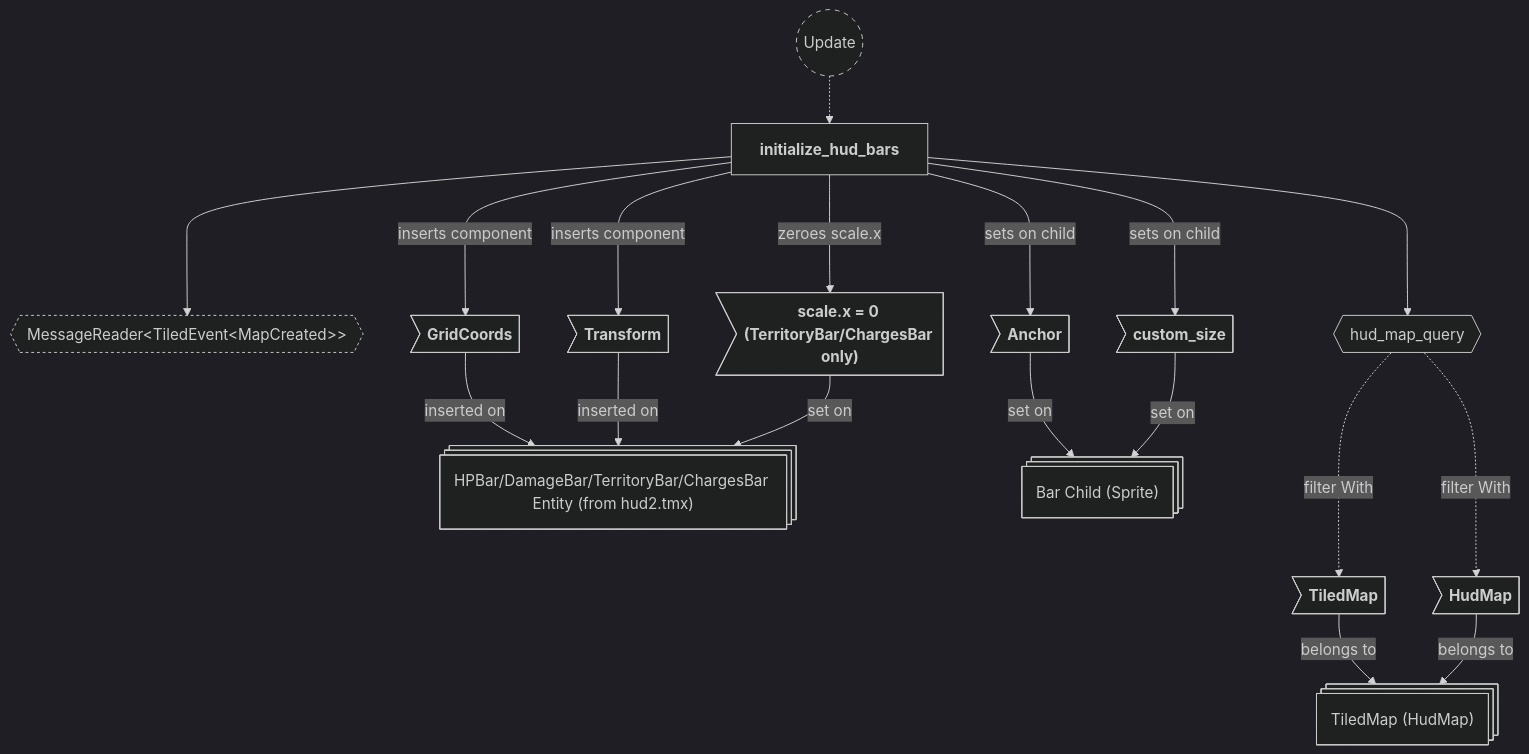
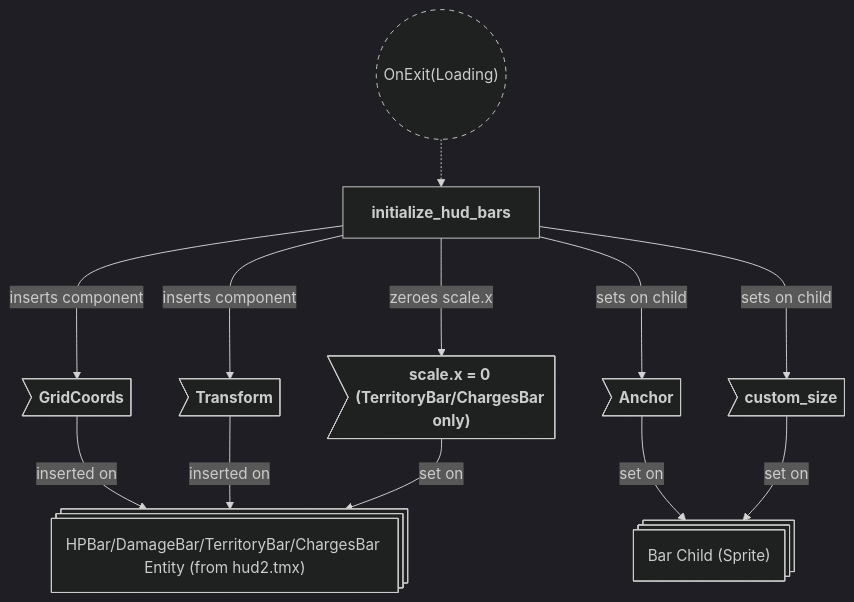
One commit to neurosoup/tyled changed the tenth of 10 diagrams in backlog/docs/doc-3 - 001-Maps-plugin.md. Above: the diagram before and after it, drawn with Mermaid. The commit also changed other lines of this file and 9 other files, not shown here.

````diff
--- a/backlog/docs/doc-3 - 001-Maps-plugin.md
+++ b/backlog/docs/doc-3 - 001-Maps-plugin.md
@@ -468,48 +435,35 @@
 ```mermaid
 ---
 config:
   theme: dark
 ---
 
 flowchart TD
 classDef system-group stroke-dasharray: 5 5
-classDef reader stroke-dasharray: 3 3
 
-update(("`Update`")):::system-group
+on_exit_loading(("`OnExit(Loading)`")):::system-group
 initialize_hud_bars["`**initialize_hud_bars**`"]
 
-update -.-> initialize_hud_bars
-
-message_reader{{"MessageReader#60;TiledEvent#60;MapCreated#62;#62;"}}:::reader
-initialize_hud_bars ---> message_reader
-
-hud_map_query{{"`hud_map_query`"}}:::query
-initialize_hud_bars ---> hud_map_query
-
-hud_map_entity@{ shape: st-rect, label: "TiledMap (HudMap)" }
-hm_tiled_map>"`**TiledMap**`"] --> |belongs to| hud_map_entity
-hm_hud_map>"`**HudMap**`"] --> |belongs to| hud_map_entity
-hud_map_query -..-> |filter With| hm_tiled_map
-hud_map_query -..-> |filter With| hm_hud_map
+on_exit_loading -.-> initialize_hud_bars
 
 hp_bar_entity@{ shape: st-rect, label: "HPBar/DamageBar/TerritoryBar/ChargesBar Entity (from hud2.tmx)" }
 hp_bar_child@{ shape: st-rect, label: "Bar Child (Sprite)" }
 
 hb_grid_coords>"`**GridCoords**`"]
 hb_transform>"`**Transform**`"]
 hb_scale_zero>"`**scale.x = 0 (TerritoryBar/ChargesBar only)**`"]
 hbc_anchor>"`**Anchor**`"]
 hbc_custom_size>"`**custom_size**`"]
 
 hb_grid_coords --> |inserted on| hp_bar_entity
 hb_transform --> |inserted on| hp_bar_entity
 hb_scale_zero --> |set on| hp_bar_entity
 hbc_anchor --> |set on| hp_bar_child
 hbc_custom_size --> |set on| hp_bar_child
 
 initialize_hud_bars ---> |inserts component| hb_grid_coords
 initialize_hud_bars ---> |inserts component| hb_transform
 initialize_hud_bars ---> |zeroes scale.x| hb_scale_zero
 initialize_hud_bars ---> |sets on child| hbc_anchor
 initialize_hud_bars ---> |sets on child| hbc_custom_size
 ```
````
